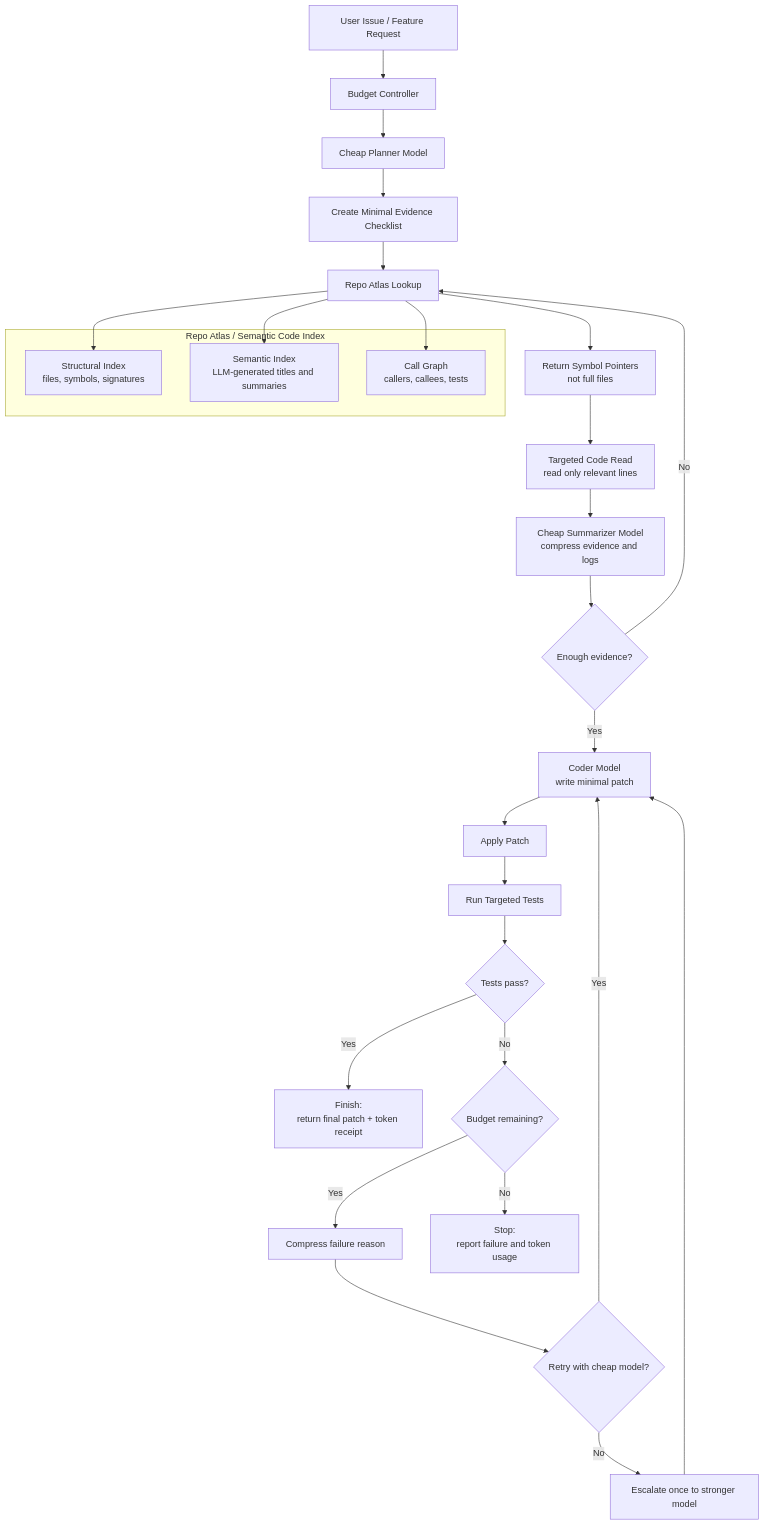
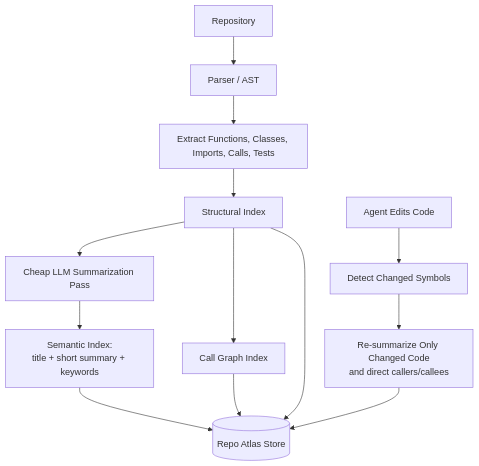
The first of 5 diagrams in README.md (YazanDash/global-hackathon), drawn with Mermaid before and after one commit. The commit also changed other lines of this file, not shown here.

````diff
--- a/README.md
+++ b/README.md
@@ -13,43 +65,19 @@
 ```mermaid
 flowchart TD
-    A[User Issue / Feature Request] --> B[Budget Controller]
+    A[Repository] --> B[Parser / AST]
+    B --> C[Extract Functions, Classes, Imports, Calls, Tests]
+    C --> D[Structural Index]
 
-    B --> C[Cheap Planner Model]
-    C --> D[Create Minimal Evidence Checklist]
+    D --> E[Cheap LLM Summarization Pass]
+    E --> F[Semantic Index:<br/>title + short summary + keywords]
 
-    D --> E[Repo Atlas Lookup]
+    D --> G[Call Graph Index]
 
-    subgraph RepoAtlas[Repo Atlas / Semantic Code Index]
-        F[Structural Index<br/>files, symbols, signatures]
-        G[Semantic Index<br/>LLM-generated titles and summaries]
-        H[Call Graph<br/>callers, callees, tests]
-    end
+    F --> H[(Repo Atlas Store)]
+    G --> H
+    D --> H
 
-    E --> F
-    E --> G
-    E --> H
-
-    E --> I[Return Symbol Pointers<br/>not full files]
-
-    I --> J[Targeted Code Read<br/>read only relevant lines]
-    J --> K[Cheap Summarizer Model<br/>compress evidence and logs]
-
-    K --> L{Enough evidence?}
-    L -- No --> E
-    L -- Yes --> M[Coder Model<br/>write minimal patch]
-
-    M --> N[Apply Patch]
-    N --> O[Run Targeted Tests]
-
-    O --> P{Tests pass?}
-    P -- Yes --> Q[Finish:<br/>return final patch + token receipt]
-    P -- No --> R{Budget remaining?}
-
-    R -- Yes --> S[Compress failure reason]
-    S --> T{Retry with cheap model?}
-    T -- Yes --> M
-    T -- No --> U[Escalate once to stronger model]
-    U --> M
-
-    R -- No --> V[Stop:<br/>report failure and token usage]
+    I[Agent Edits Code] --> J[Detect Changed Symbols]
+    J --> K[Re-summarize Only Changed Code<br/>and direct callers/callees]
+    K --> H
 ```
````
